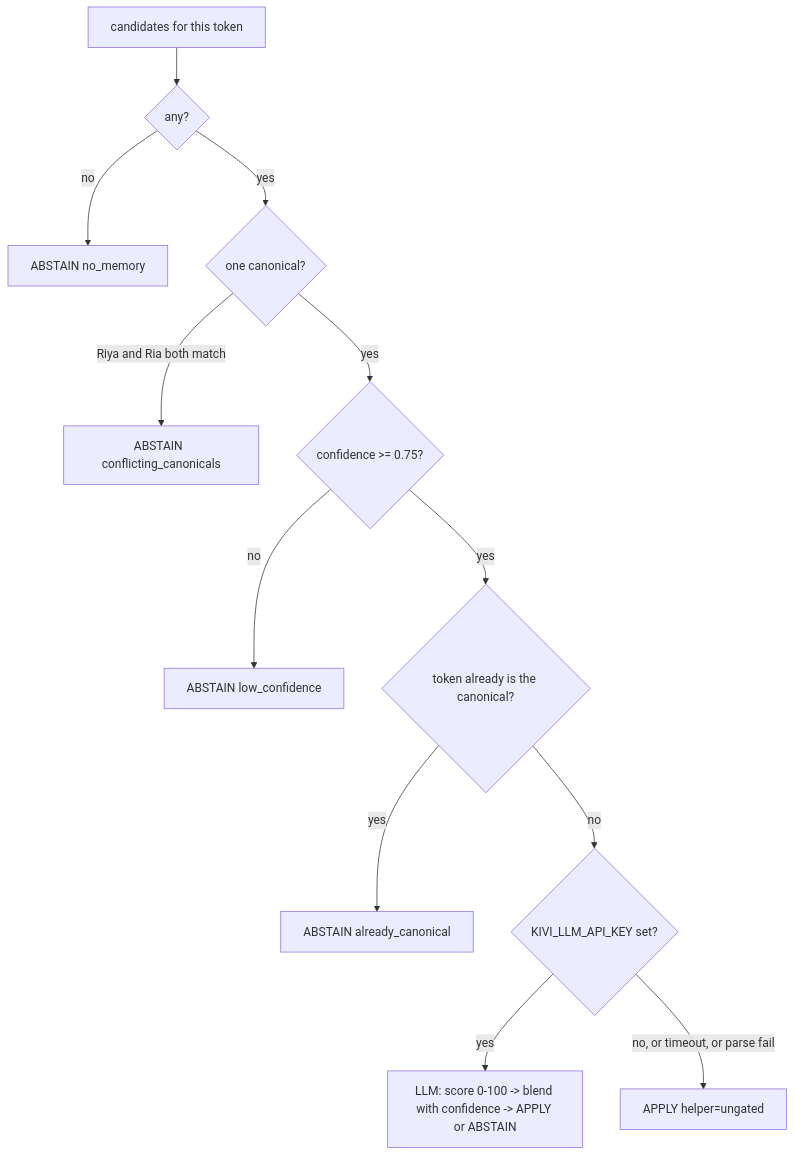
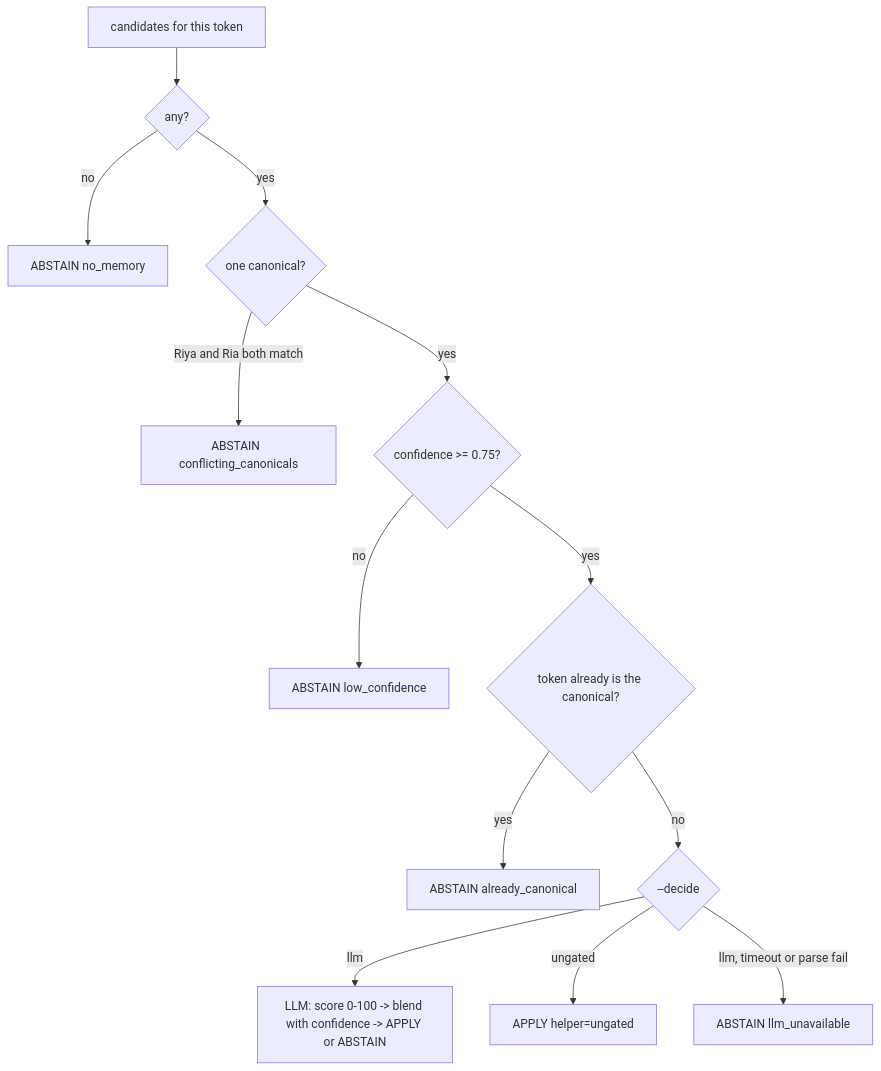
One commit to Akshit11318/kivi-memory-backend-akshit changed the fourth of 6 diagrams in README.md. Above: the diagram before and after it, drawn with Mermaid. The commit also changed other lines of this file and 25 other files, not shown here.

First line of the commit message:
Ship the llm/ungated last vote and pin graded metrics.

````diff
--- a/README.md
+++ b/README.md
@@ -160,14 +174,15 @@
 ```mermaid
 flowchart TD
   Start[candidates for this token] --> A{any?}
   A -->|no| N[ABSTAIN  no_memory]
   A -->|yes| B{one canonical?}
   B -->|Riya and Ria both match| C[ABSTAIN  conflicting_canonicals]
   B -->|yes| D{confidence >= 0.75?}
   D -->|no| L[ABSTAIN  low_confidence]
   D -->|yes| E{token already is the canonical?}
   E -->|yes| AC[ABSTAIN  already_canonical]
-  E -->|no| Helper{KIVI_LLM_API_KEY set?}
-  Helper -->|yes| LLM[LLM: score 0-100 -> blend with confidence -> APPLY or ABSTAIN]
-  Helper -->|no, or timeout, or parse fail| Ungated[APPLY  helper=ungated]
+  E -->|no| Helper{--decide}
+  Helper -->|llm| LLM[LLM: score 0-100 -> blend with confidence -> APPLY or ABSTAIN]
+  Helper -->|ungated| Ungated[APPLY  helper=ungated]
+  Helper -->|llm, timeout or parse fail| Unavailable[ABSTAIN  llm_unavailable]
 ```
````
